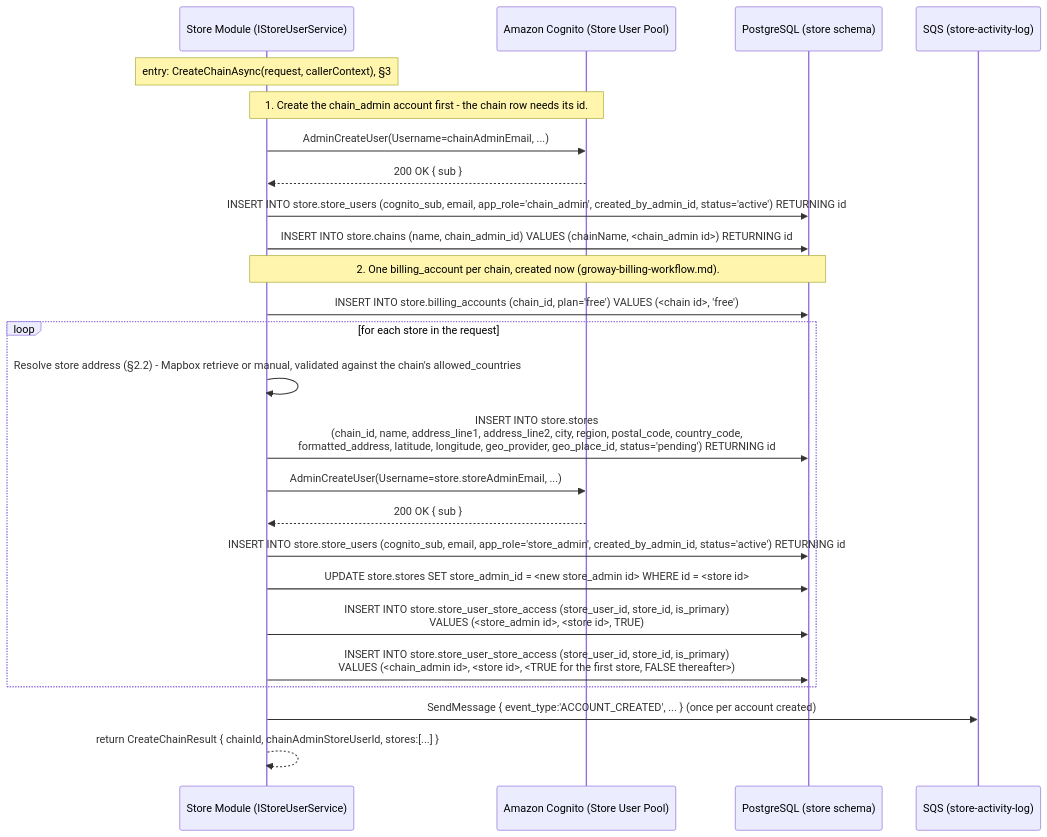
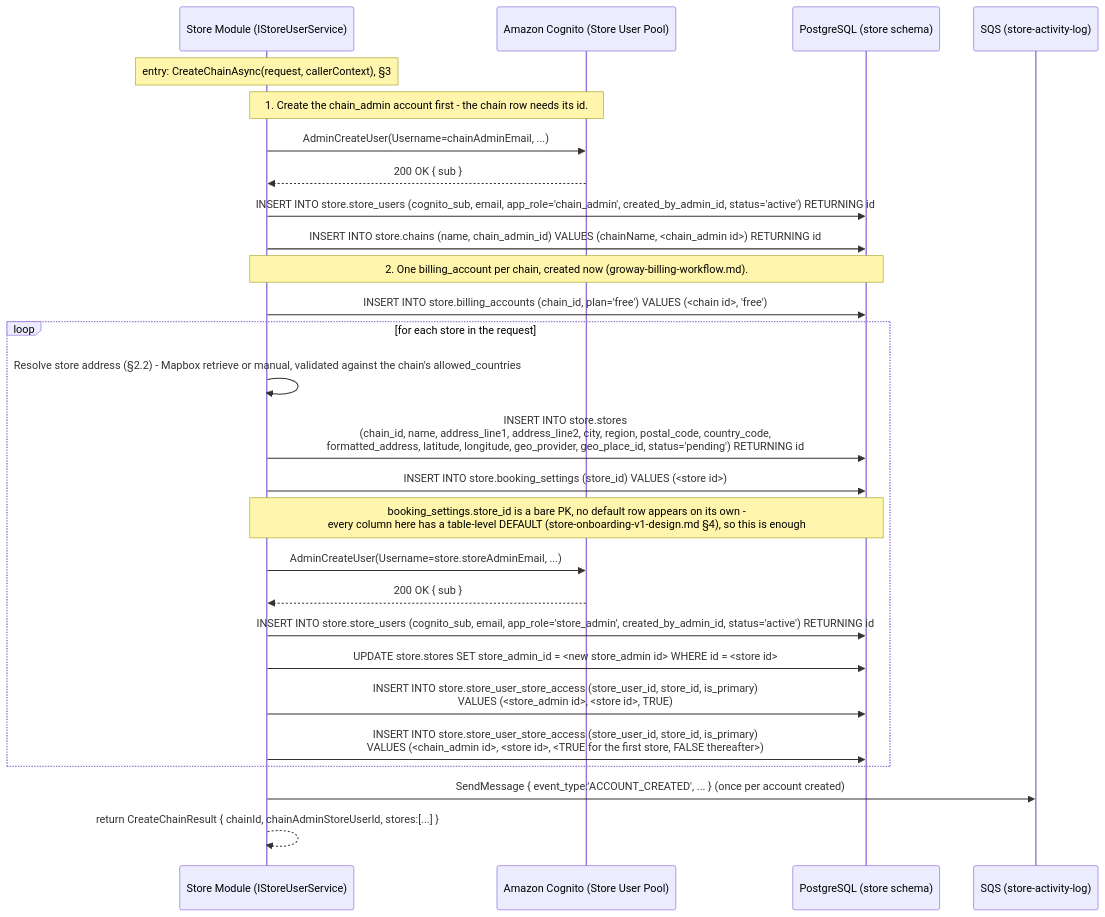
One commit to szhanggit/appointmentsystemdesign changed the third of 10 diagrams in usercasestudy/growayshop-registration-workflow.md. Above: the diagram before and after it, drawn with Mermaid. The commit also changed other lines of this file, not shown here.

Commit message:
Part 1 — Things that need correction: item6

````diff
--- a/usercasestudy/growayshop-registration-workflow.md
+++ b/usercasestudy/growayshop-registration-workflow.md
@@ -252,33 +252,35 @@
 ```mermaid
 sequenceDiagram
     participant SM as Store Module (IStoreUserService)
     participant SCOG as Amazon Cognito (Store User Pool)
     participant DB as PostgreSQL (store schema)
     participant SQSQ as SQS (store-activity-log)
 
     Note over SM: entry: CreateChainAsync(request, callerContext), §3
 
     Note over SM,SCOG: 1. Create the chain_admin account first - the chain row needs its id.
     SM->>SCOG: AdminCreateUser(Username=chainAdminEmail, ...)
     SCOG-->>SM: 200 OK { sub }
     SM->>DB: INSERT INTO store.store_users (cognito_sub, email, app_role='chain_admin', created_by_admin_id, status='active') RETURNING id
 
     SM->>DB: INSERT INTO store.chains (name, chain_admin_id) VALUES (chainName, <chain_admin id>) RETURNING id
 
     Note over SM,DB: 2. One billing_account per chain, created now (groway-billing-workflow.md).
     SM->>DB: INSERT INTO store.billing_accounts (chain_id, plan='free') VALUES (<chain id>, 'free')
 
     loop for each store in the request
         SM->>SM: Resolve store address (§2.2) - Mapbox retrieve or manual, validated against the chain's allowed_countries
         SM->>DB: INSERT INTO store.stores<br/>(chain_id, name, address_line1, address_line2, city, region, postal_code, country_code,<br/>formatted_address, latitude, longitude, geo_provider, geo_place_id, status='pending') RETURNING id
+        SM->>DB: INSERT INTO store.booking_settings (store_id) VALUES (<store id>)
+        Note over SM,DB: booking_settings.store_id is a bare PK, no default row appears on its own -<br/>every column here has a table-level DEFAULT (store-onboarding-v1-design.md §4), so this is enough
         SM->>SCOG: AdminCreateUser(Username=store.storeAdminEmail, ...)
         SCOG-->>SM: 200 OK { sub }
         SM->>DB: INSERT INTO store.store_users (cognito_sub, email, app_role='store_admin', created_by_admin_id, status='active') RETURNING id
         SM->>DB: UPDATE store.stores SET store_admin_id = <new store_admin id> WHERE id = <store id>
         SM->>DB: INSERT INTO store.store_user_store_access (store_user_id, store_id, is_primary)<br/>VALUES (<store_admin id>, <store id>, TRUE)
         SM->>DB: INSERT INTO store.store_user_store_access (store_user_id, store_id, is_primary)<br/>VALUES (<chain_admin id>, <store id>, <TRUE for the first store, FALSE thereafter>)
     end
 
     SM->>SQSQ: SendMessage { event_type:'ACCOUNT_CREATED', ... } (once per account created)
     SM-->>SM: return CreateChainResult { chainId, chainAdminStoreUserId, stores:[...] }
 ```
````
